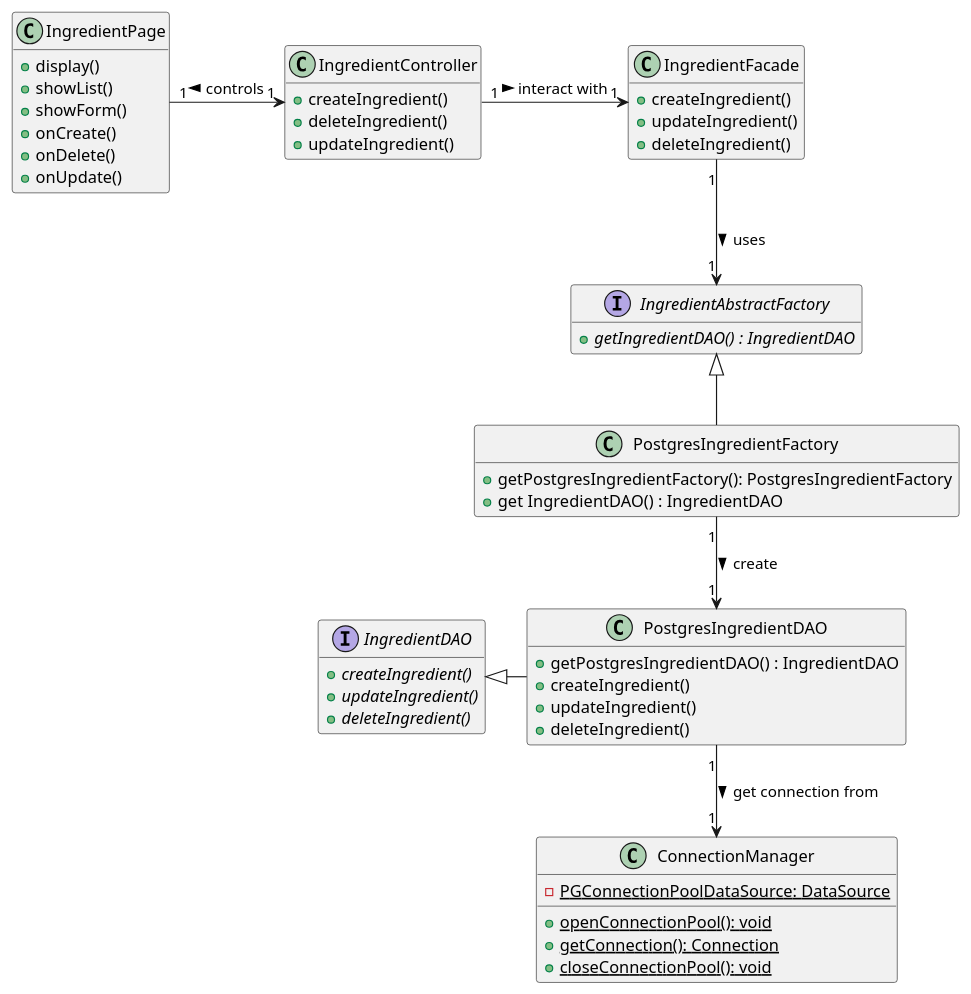
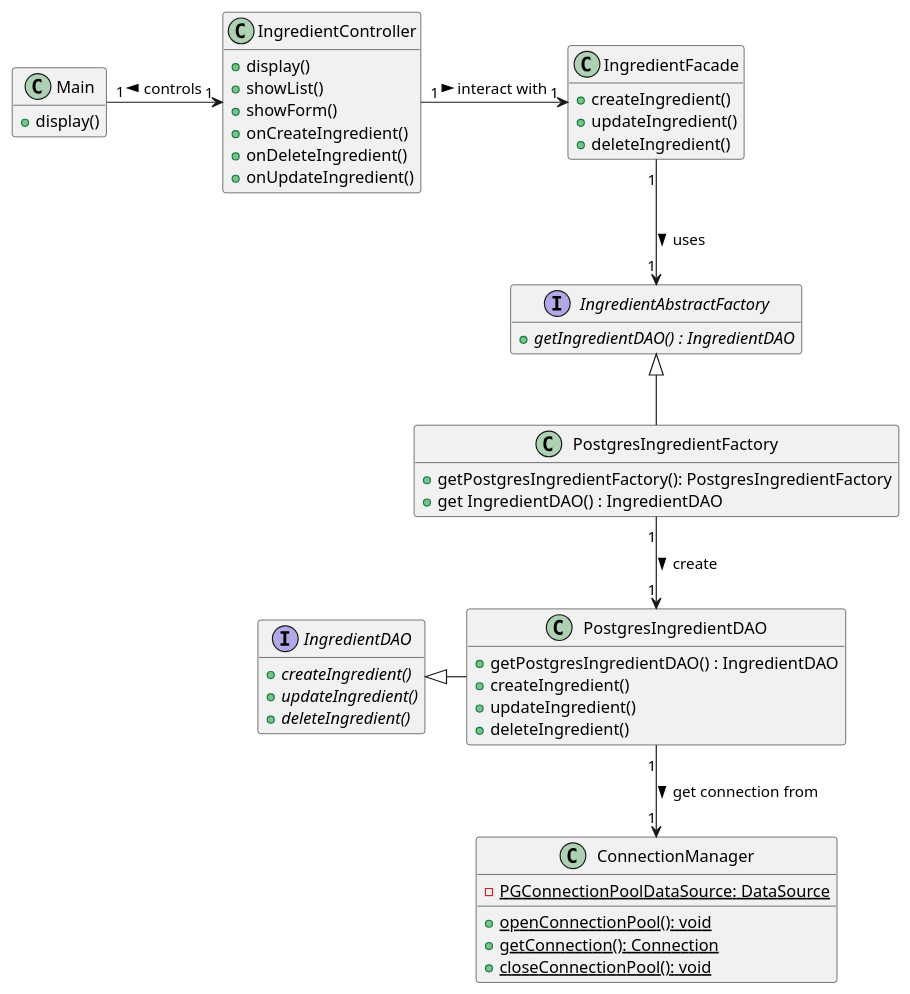
One commit to iusildra/WineCellar changed the diagram in doc/reports/prototype/plantuml/IngredientManagement/ingredientClassDiagram.plantuml. Above: the diagram before and after it, drawn with PlantUML. The commit also changed 3 other files, not shown here.

```diff
--- a/doc/reports/prototype/plantuml/IngredientManagement/ingredientClassDiagram.plantuml
+++ b/doc/reports/prototype/plantuml/IngredientManagement/ingredientClassDiagram.plantuml
@@ -1,85 +1,83 @@
 @startuml IngredientClassDiagram
 hide empty members
 
-class IngredientPage {
+class Main {
+  + display()
+}
+
+class IngredientController {
   + display()
   + showList()
   + showForm()
-  + onCreate()
-  + onDelete()
-  + onUpdate()
-}
-
-class IngredientController {
-  + createIngredient()
-  + deleteIngredient()
-  + updateIngredient()
+  + onCreateIngredient()
+  + onDeleteIngredient()
+  + onUpdateIngredient()
 }
 
 
 class IngredientFacade {
   + createIngredient()
   + updateIngredient()
   + deleteIngredient()
 }
 
 
 interface IngredientAbstractFactory {
   + {abstract} getIngredientDAO() : IngredientDAO
 
 }
 
 
 class PostgresIngredientFactory {
   + getPostgresIngredientFactory(): PostgresIngredientFactory
   + get IngredientDAO() : IngredientDAO
 }
 
 
 Interface IngredientDAO {
   + {abstract} createIngredient()
   + {abstract} updateIngredient()
   + {abstract} deleteIngredient()
 }
 
 
 class PostgresIngredientDAO{
   + getPostgresIngredientDAO() : IngredientDAO
   + createIngredient()
   + updateIngredient()
   + deleteIngredient()
 }
 
 
 class ConnectionManager {
   ' it is private and should be accessed by any other classes except with the available methods
   - {static} PGConnectionPoolDataSource: DataSource
   + {static} openConnectionPool(): void
   + {static} getConnection(): Connection
   + {static} closeConnectionPool(): void
 }
 
 
 ' not an object, so not sure it's needed
 ' database "Postgres\nDatabase" as Postgres {
 
 ' }
 
 PostgresIngredientFactory -u-|> IngredientAbstractFactory
 PostgresIngredientDAO     -l-|> IngredientDAO
 
-IngredientPage            "1" -r-> "1" IngredientController: <  controls
+Main            "1" -r-> "1" IngredientController: <  controls
 IngredientController      "1" -r-> "1" IngredientFacade: > interact with
 IngredientFacade          "1" --> "1" IngredientAbstractFactory: > uses
 PostgresIngredientFactory "1" --> "1" PostgresIngredientDAO: > create
 PostgresIngredientDAO     "1" --> "1" ConnectionManager:> get connection from
 ' ConnectionManager         --> Postgres
 
 ' an interface cannot have association starting from it (it can't have attributes unless they are static)
 ' the factory generate a concrete object, so we need to link it to the concrete class instead of the interface. But we still need it as a contract
 ' not useful to store the DAO in facade, we can fetch it anytime we need it (pure composition/delegation)
 ' the UI needs methods to deal with actions (validate creation...) that will call the controller to do the specific tasks
 
 
 
 @enduml
```
